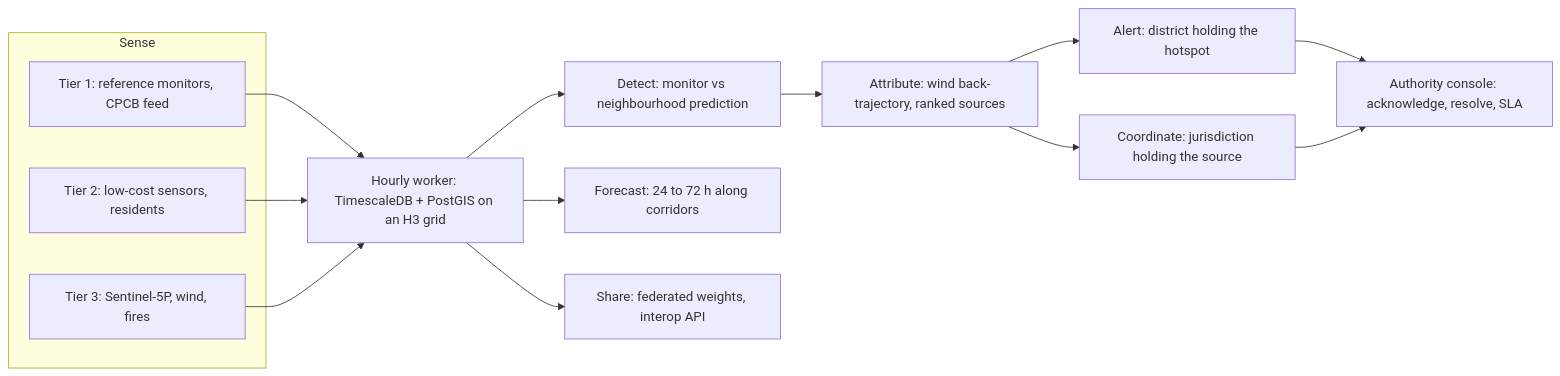
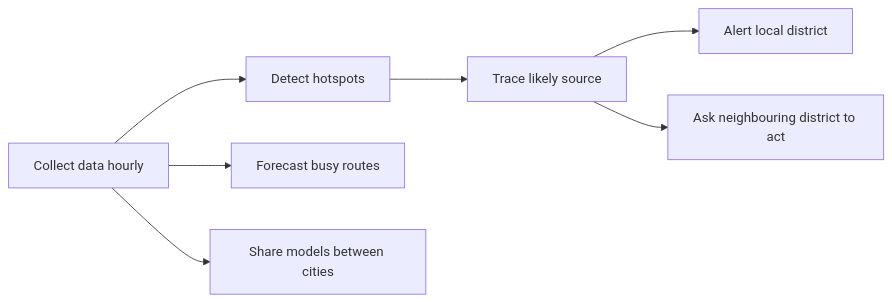
One commit to Surjune/airwatch changed the diagram in README.md. Above: the diagram before and after it, drawn with Mermaid. The commit also changed other lines of this file, not shown here.

````diff
--- a/README.md
+++ b/README.md
@@ -100,24 +55,8 @@
 ```mermaid
 flowchart LR
-  subgraph S["Sense"]
-    T1["Tier 1: reference monitors, CPCB feed"]
-    T2["Tier 2: low-cost sensors, residents"]
-    T3["Tier 3: Sentinel-5P, wind, fires"]
-  end
-  W["Hourly worker: TimescaleDB + PostGIS on an H3 grid"]
-  D["Detect: monitor vs neighbourhood prediction"]
-  A["Attribute: wind back-trajectory, ranked sources"]
-  F["Forecast: 24 to 72 h along corridors"]
-  R["Alert: district holding the hotspot"]
-  C["Coordinate: jurisdiction holding the source"]
-  K["Authority console: acknowledge, resolve, SLA"]
-  X["Share: federated weights, interop API"]
-  T1 --> W
-  T2 --> W
-  T3 --> W
-  W --> D --> A
-  W --> F
-  A --> R --> K
-  A --> C --> K
-  W --> X
+  D["Collect data hourly"] --> H["Detect hotspots"] --> S["Trace likely source"]
+  S --> A["Alert local district"]
+  S --> C["Ask neighbouring district to act"]
+  D --> F["Forecast busy routes"]
+  D --> X["Share models between cities"]
 ```
````
